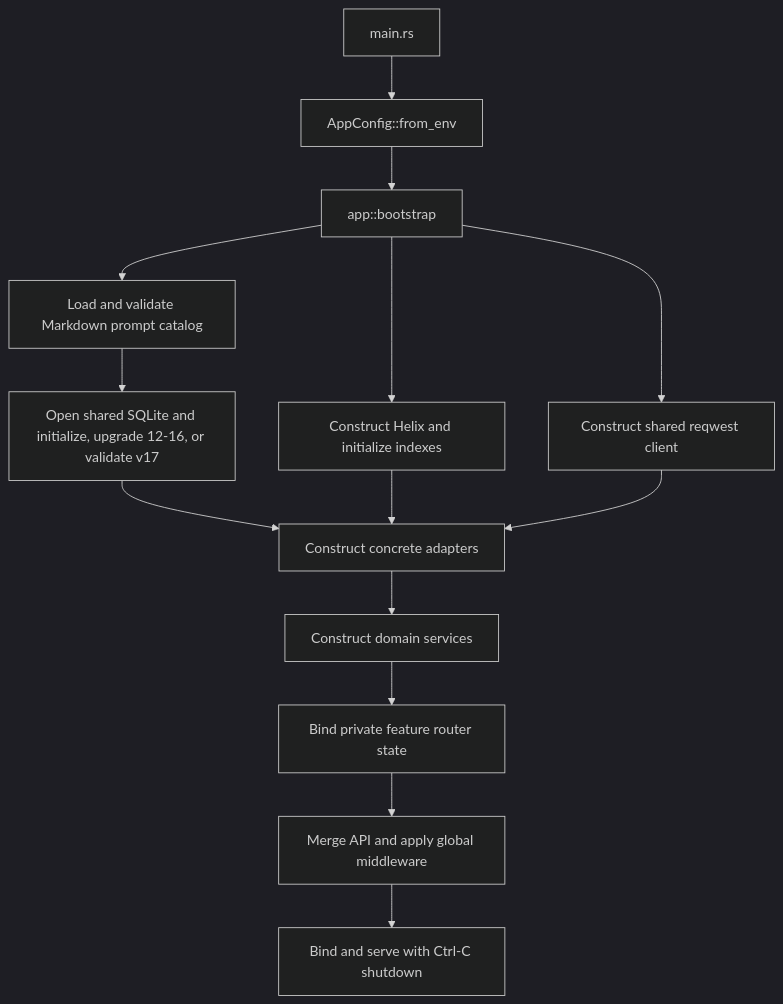
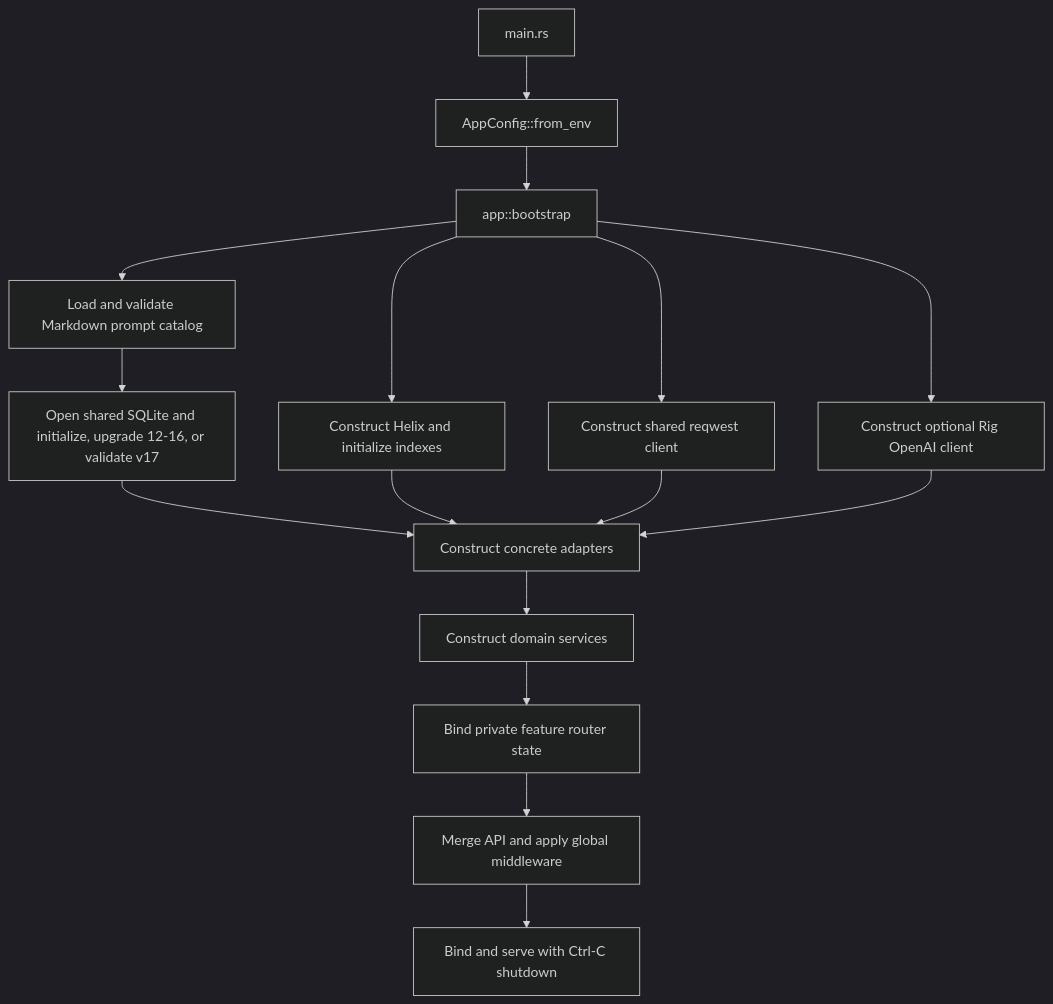
One commit to ratik-gambhir-WM/Quarry changed the second of 3 diagrams in docs/ARCHITECTURE.md. Above: the diagram before and after it, drawn with Mermaid (dark theme). The commit also changed other lines of this file and 25 other files, not shown here.

````diff
--- a/docs/ARCHITECTURE.md
+++ b/docs/ARCHITECTURE.md
@@ -1418,16 +1421,18 @@
 ```mermaid
 flowchart TD
     Main[main.rs] --> Config[AppConfig::from_env]
     Config --> Bootstrap[app::bootstrap]
     Bootstrap --> Prompts[Load and validate Markdown prompt catalog]
     Prompts --> Sqlite[Open shared SQLite and initialize, upgrade 12-16, or validate v17]
     Bootstrap --> Helix[Construct Helix and initialize indexes]
     Bootstrap --> Http[Construct shared reqwest client]
+    Bootstrap --> Rig[Construct optional Rig OpenAI client]
     Sqlite --> Adapters[Construct concrete adapters]
     Helix --> Adapters
     Http --> Adapters
+    Rig --> Adapters
     Adapters --> Domains[Construct domain services]
     Domains --> FeatureRouters[Bind private feature router state]
     FeatureRouters --> Router[Merge API and apply global middleware]
     Router --> Serve[Bind and serve with Ctrl-C shutdown]
 ```
````
